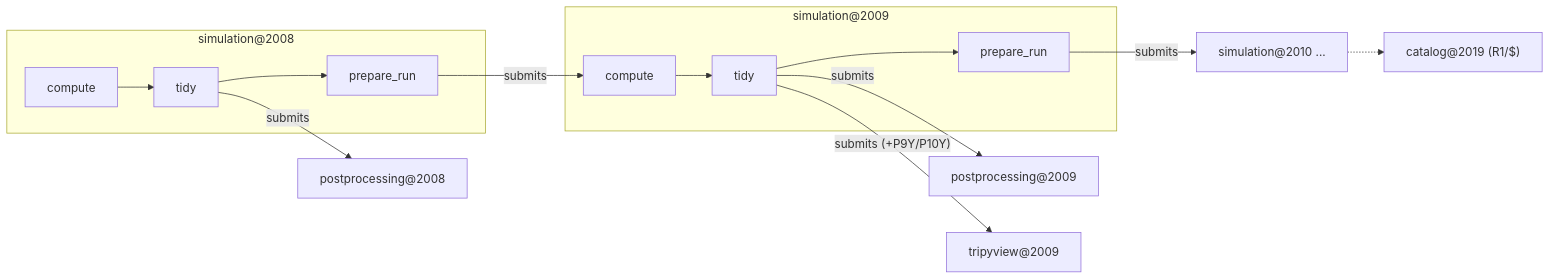
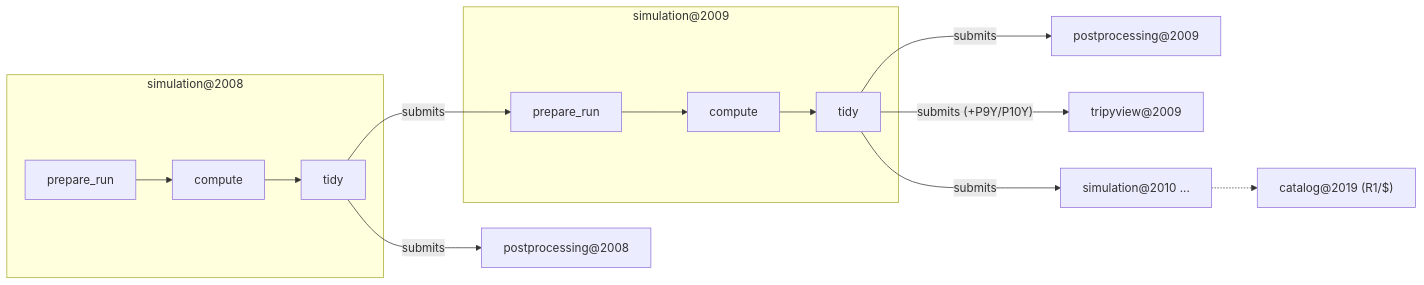
Before and after one commit to esm-tools/esm_tools: the third of 5 diagrams in WORKFLOW_DESIGN.md, drawn with Mermaid. The commit also changed other lines of this file, not shown here.

````diff
--- a/WORKFLOW_DESIGN.md
+++ b/WORKFLOW_DESIGN.md
@@ -760,15 +849,15 @@
 ```mermaid
 flowchart LR
     subgraph s8["simulation@2008"]
-        c8[compute] --> t8[tidy] --> pr8[prepare_run]
+        pr8[prepare_run] --> c8[compute] --> t8[tidy]
     end
     subgraph s9["simulation@2009"]
-        c9[compute] --> t9[tidy] --> pr9[prepare_run]
+        pr9[prepare_run] --> c9[compute] --> t9[tidy]
     end
-    pr8 -->|submits| c9
+    t8 -->|submits| pr9
     t8 -->|submits| pp8["postprocessing@2008"]
     t9 -->|submits| pp9["postprocessing@2009"]
     t9 -->|"submits (+P9Y/P10Y)"| tv9["tripyview@2009"]
-    pr9 -->|submits| next["simulation@2010 ..."]
+    t9 -->|submits| next["simulation@2010 ..."]
     next -.-> cat["catalog@2019 (R1/$)"]
 ```
````
